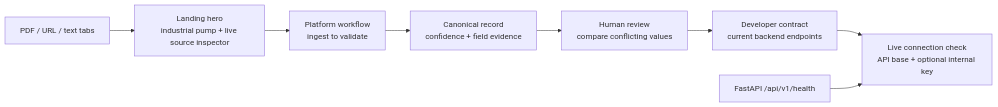
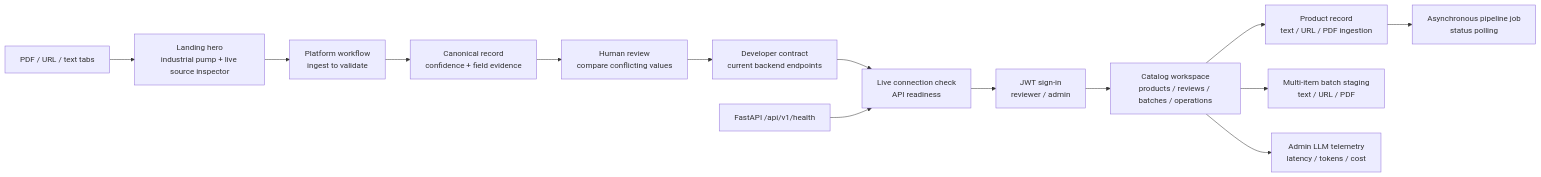
Before and after one commit to praju455/Ferrox: the diagram in frontend/README.md, drawn with Mermaid. The commit also changed other lines of this file and 9 other files, not shown here.

Commit message:
Connect Next.js workspace to backend APIs

````diff
--- a/frontend/README.md
+++ b/frontend/README.md
@@ -20,11 +20,17 @@
 ```mermaid
 flowchart LR
     Hero["Landing hero\nindustrial pump + live source inspector"] --> Platform["Platform workflow\ningest to validate"]
     Platform --> Evidence["Canonical record\nconfidence + field evidence"]
     Evidence --> Review["Human review\ncompare conflicting values"]
     Review --> Contract["Developer contract\ncurrent backend endpoints"]
-    Contract --> Connect["Live connection check\nAPI base + optional internal key"]
+    Contract --> Connect["Live connection check\nAPI readiness"]
+    Connect --> Login["JWT sign-in\nreviewer / admin"]
+    Login --> Workspace["Catalog workspace\nproducts / reviews / batches / operations"]
+    Workspace --> Product["Product record\ntext / URL / PDF ingestion"]
+    Product --> Pipeline["Asynchronous pipeline job\nstatus polling"]
+    Workspace --> Batch["Multi-item batch staging\ntext / URL / PDF"]
+    Workspace --> Telemetry["Admin LLM telemetry\nlatency / tokens / cost"]
 
     Inspector["PDF / URL / text tabs"] --> Hero
     Backend["FastAPI /api/v1/health"] --> Connect
 ```
````
